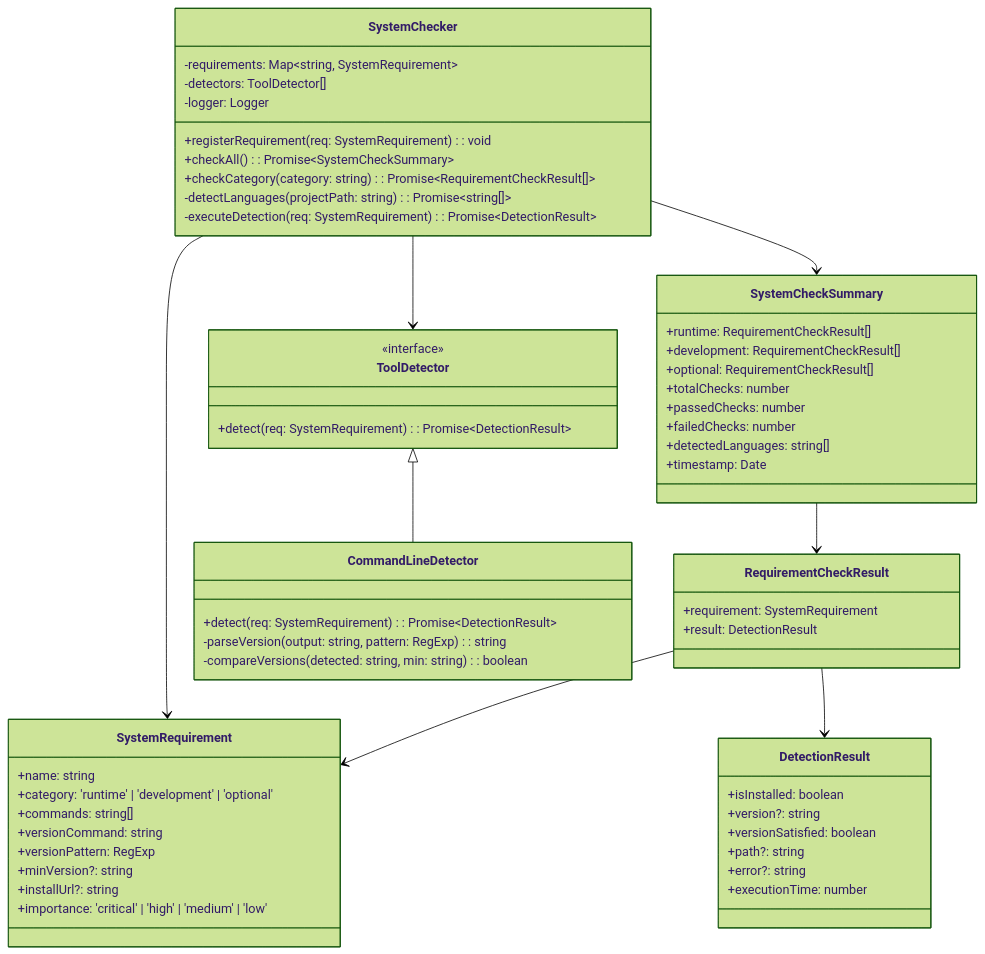
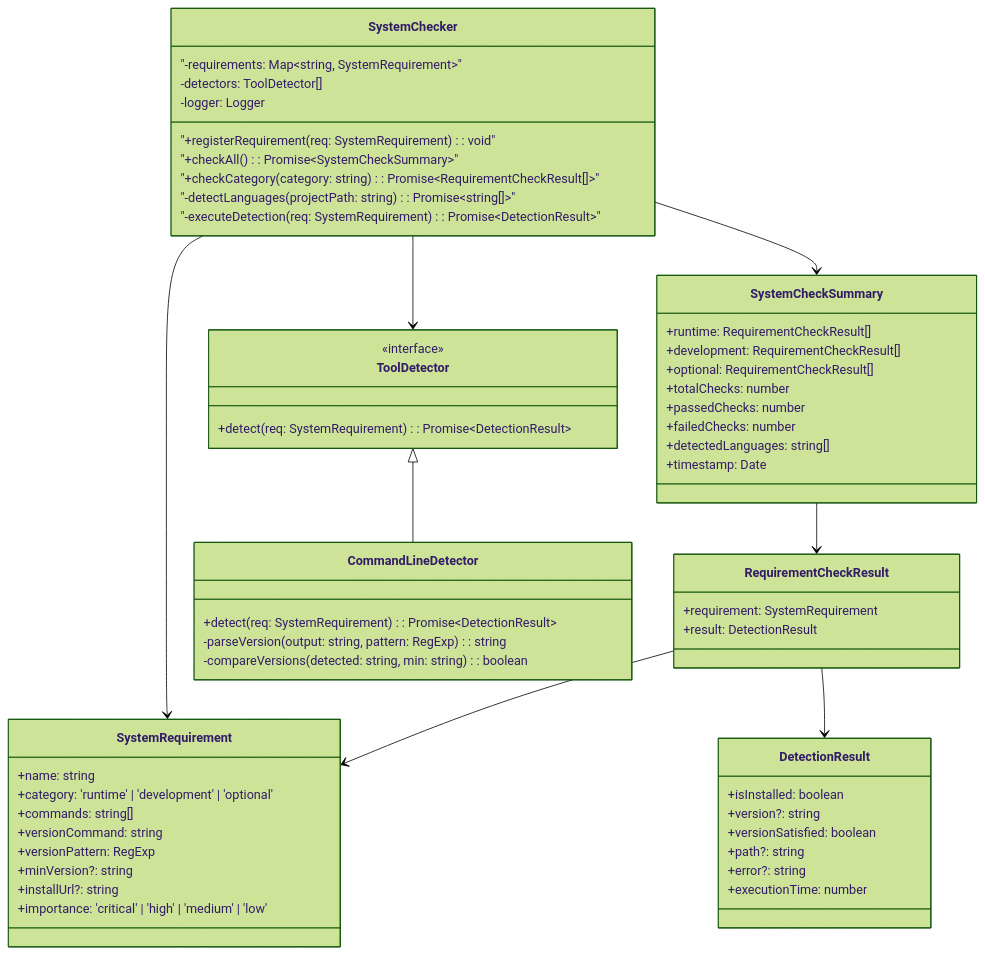
One commit to modu-ai/moai-adk changed the fourth of 9 diagrams in docs/reference/core-modules.md. Above: the diagram before and after it, drawn with Mermaid (forest theme). The commit also changed other lines of this file and 19 other files, not shown here.

First line of the commit message:
🎨 fix: docs 전체 Mermaid 다이어그램 특수문자 오류 수정 (19개 파일)

````diff
--- a/docs/reference/core-modules.md
+++ b/docs/reference/core-modules.md
@@ -403,68 +403,68 @@
 ```mermaid
 classDiagram
     class SystemChecker {
-        -requirements: Map~string, SystemRequirement~
+        "-requirements: Map~string, SystemRequirement~"
         -detectors: ToolDetector[]
         -logger: Logger
-        +registerRequirement(req: SystemRequirement): void
-        +checkAll(): Promise~SystemCheckSummary~
-        +checkCategory(category: string): Promise~RequirementCheckResult[]~
-        -detectLanguages(projectPath: string): Promise~string[]~
-        -executeDetection(req: SystemRequirement): Promise~DetectionResult~
+        "+registerRequirement(req: SystemRequirement): void"
+        "+checkAll(): Promise~SystemCheckSummary~"
+        "+checkCategory(category: string): Promise~RequirementCheckResult[]~"
+        "-detectLanguages(projectPath: string): Promise~string[]~"
+        "-executeDetection(req: SystemRequirement): Promise~DetectionResult~"
     }
 
     class SystemRequirement {
         +name: string
         +category: 'runtime' | 'development' | 'optional'
         +commands: string[]
         +versionCommand: string
         +versionPattern: RegExp
         +minVersion?: string
         +installUrl?: string
         +importance: 'critical' | 'high' | 'medium' | 'low'
     }
 
     class DetectionResult {
         +isInstalled: boolean
         +version?: string
         +versionSatisfied: boolean
         +path?: string
         +error?: string
         +executionTime: number
     }
 
     class SystemCheckSummary {
         +runtime: RequirementCheckResult[]
         +development: RequirementCheckResult[]
         +optional: RequirementCheckResult[]
         +totalChecks: number
         +passedChecks: number
         +failedChecks: number
         +detectedLanguages: string[]
         +timestamp: Date
     }
 
     class RequirementCheckResult {
         +requirement: SystemRequirement
         +result: DetectionResult
     }
 
     class ToolDetector {
         <<interface>>
         +detect(req: SystemRequirement): Promise~DetectionResult~
     }
 
     class CommandLineDetector {
         +detect(req: SystemRequirement): Promise~DetectionResult~
         -parseVersion(output: string, pattern: RegExp): string
         -compareVersions(detected: string, min: string): boolean
     }
 
     SystemChecker --> SystemRequirement
     SystemChecker --> SystemCheckSummary
     SystemChecker --> ToolDetector
     SystemCheckSummary --> RequirementCheckResult
     RequirementCheckResult --> SystemRequirement
     RequirementCheckResult --> DetectionResult
     ToolDetector <|-- CommandLineDetector
 ```
````
